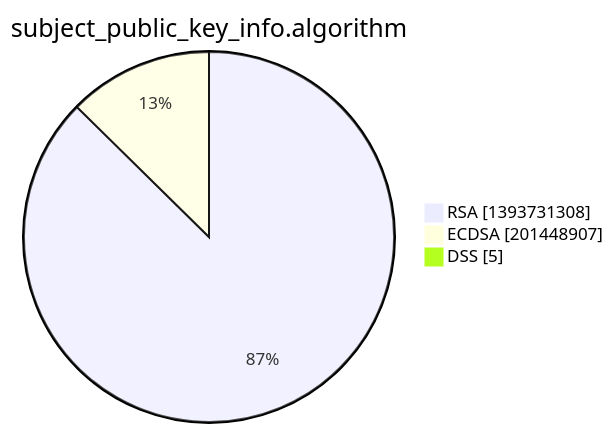
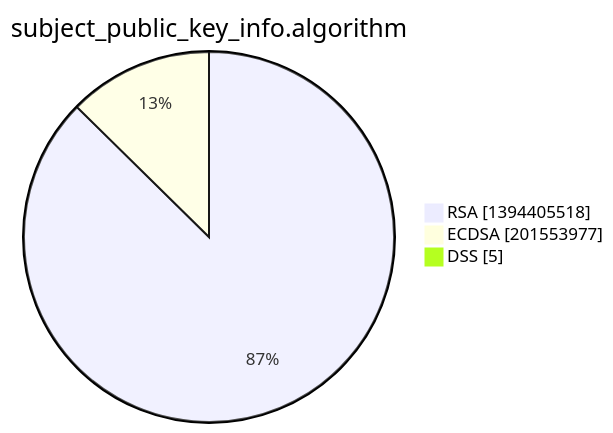
Before and after one commit to christiankrug/ctmonitor_visualization: the third of 15 diagrams in xenon2022/README.md, drawn with Mermaid. The commit also changed other lines of this file, not shown here.

````diff
--- a/xenon2022/README.md
+++ b/xenon2022/README.md
@@ -14,7 +14,7 @@
 ```mermaid
 pie showData
 title subject_public_key_info.algorithm
-"RSA" :1393731308
-"ECDSA" :201448907
+"RSA" :1394405518
+"ECDSA" :201553977
 "DSS" :5
 ```
````
